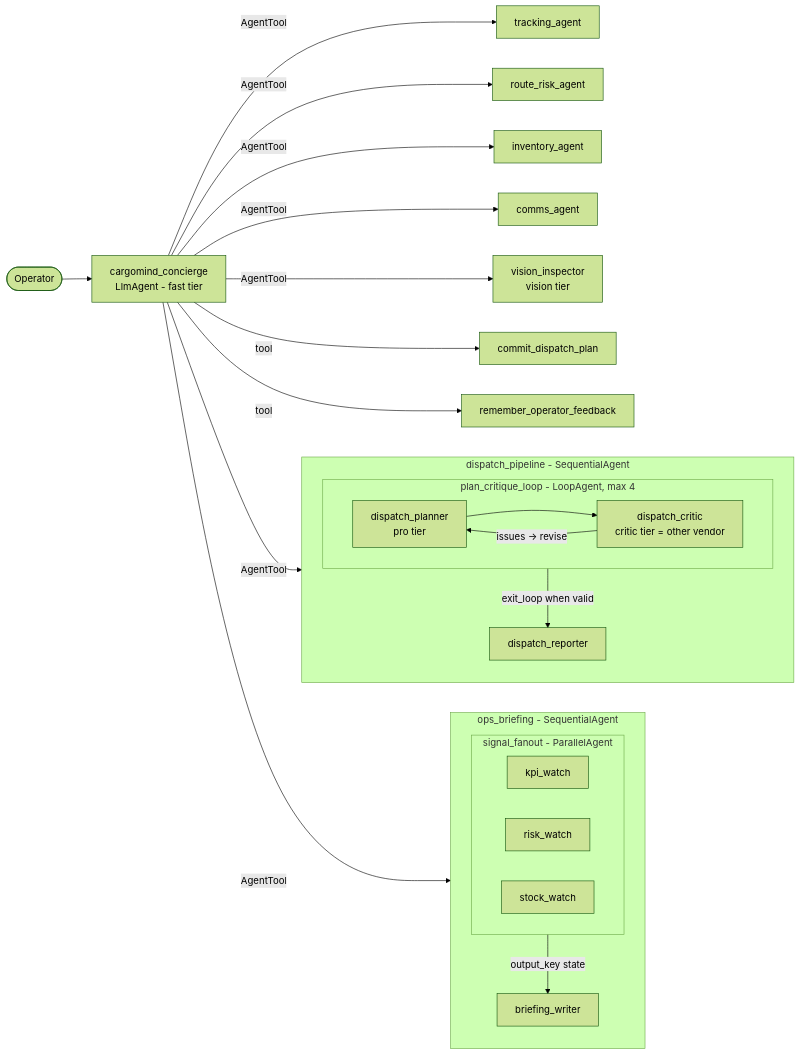
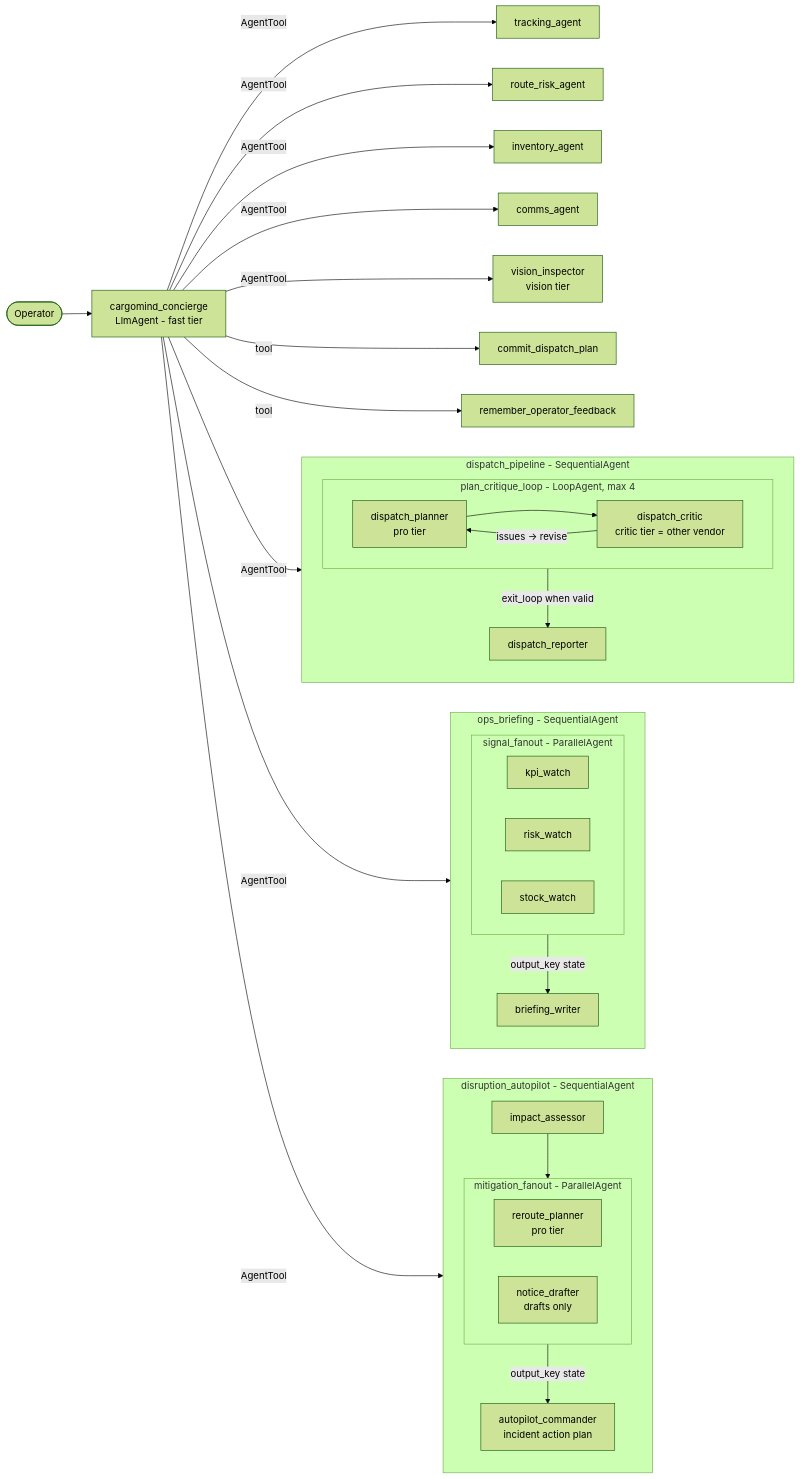
One commit to Anandb71/cargomind changed the second of 2 diagrams in README.md. Above: the diagram before and after it, drawn with Mermaid (forest theme). The commit also changed other lines of this file and 3 other files, not shown here.

Commit message:
docs: Disruption Autopilot, Watchtower, CLI and eval numbers across README/ARCHITECTURE/JUDGING/DEMO_SCRIPT

````diff
--- a/README.md
+++ b/README.md
@@ -150,32 +155,43 @@
 ```mermaid
 flowchart LR
     U(["Operator"]) --> CON["cargomind_concierge<br/>LlmAgent - fast tier"]
     CON -->|AgentTool| TRK["tracking_agent"]
     CON -->|AgentTool| RRK["route_risk_agent"]
     CON -->|AgentTool| INV["inventory_agent"]
     CON -->|AgentTool| DP
     CON -->|AgentTool| COM["comms_agent"]
     CON -->|AgentTool| VI["vision_inspector<br/>vision tier"]
     CON -->|AgentTool| OB
+    CON -->|AgentTool| AP
     CON -->|tool| CMT["commit_dispatch_plan"]
     CON -->|tool| REM["remember_operator_feedback"]
 
     subgraph DP["dispatch_pipeline - SequentialAgent"]
         direction TB
         subgraph LOOP["plan_critique_loop - LoopAgent, max 4"]
             PL["dispatch_planner<br/>pro tier"] --> CR["dispatch_critic<br/>critic tier = other vendor"]
             CR -->|"issues -> revise"| PL
         end
         LOOP -->|"exit_loop when valid"| REP["dispatch_reporter"]
     end
 
     subgraph OB["ops_briefing - SequentialAgent"]
         direction TB
         subgraph FAN["signal_fanout - ParallelAgent"]
             K["kpi_watch"]
             R["risk_watch"]
             S["stock_watch"]
         end
         FAN -->|"output_key state"| BW["briefing_writer"]
     end
+
+    subgraph AP["disruption_autopilot - SequentialAgent"]
+        direction TB
+        IA["impact_assessor"] --> MF
+        subgraph MF["mitigation_fanout - ParallelAgent"]
+            RP["reroute_planner<br/>pro tier"]
+            ND["notice_drafter<br/>drafts only"]
+        end
+        MF -->|"output_key state"| AC["autopilot_commander<br/>incident action plan"]
+    end
 ```
````
